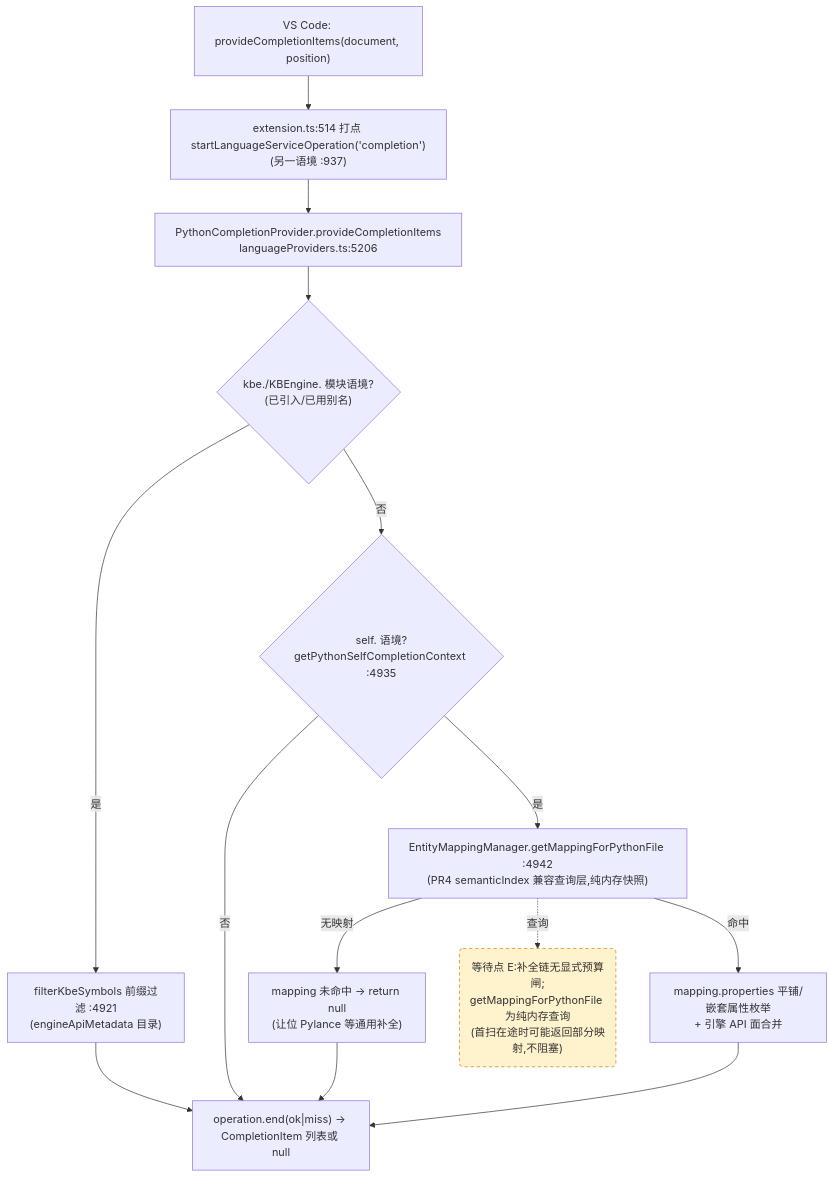
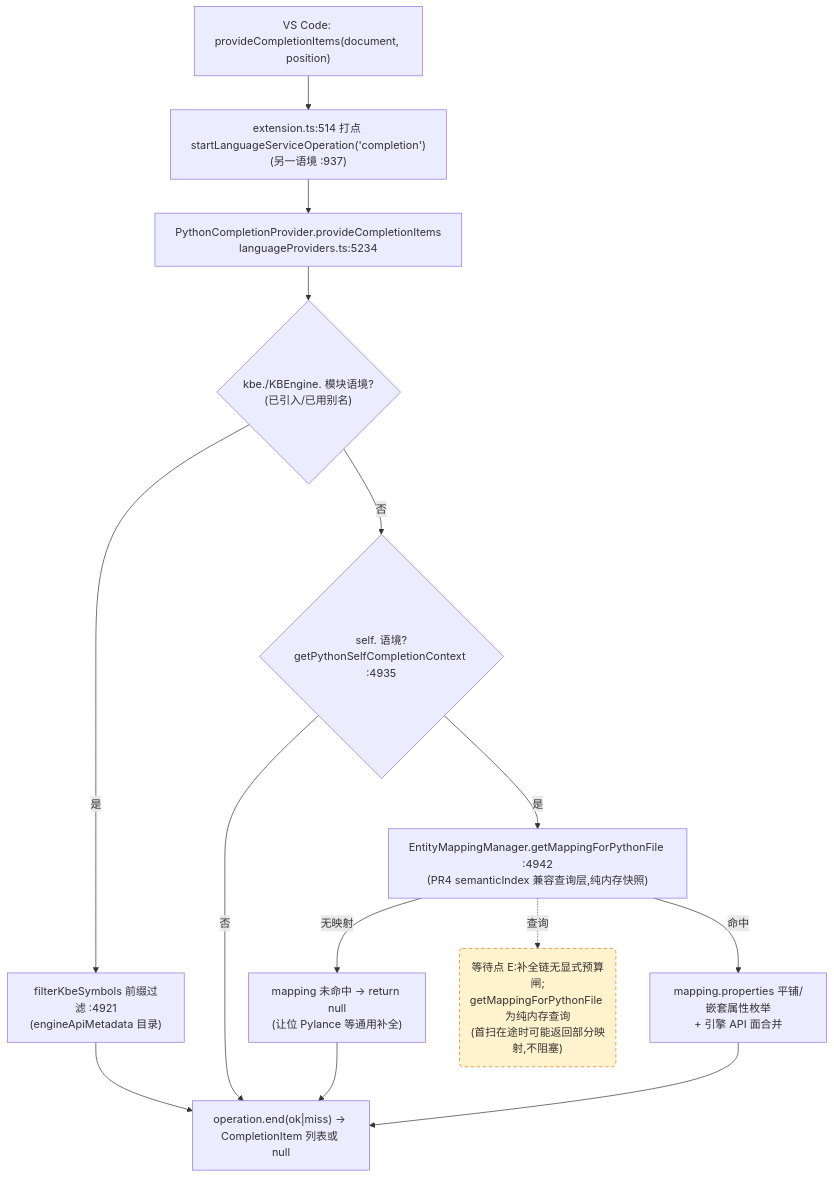
The third of 4 diagrams in docs/perf/2026-baseline.md (cuihairu/kode), drawn with Mermaid before and after one commit. The commit also changed other lines of this file and 8 other files, not shown here.

````diff
--- a/docs/perf/2026-baseline.md
+++ b/docs/perf/2026-baseline.md
@@ -184,27 +184,27 @@
 ```mermaid
 flowchart TD
   VC3["VS Code: provideCompletionItems(document, position)"]
   M3["extension.ts:514 打点 startLanguageServiceOperation('completion')<br/>(另一语境 :937)"]
-  CP["PythonCompletionProvider.provideCompletionItems<br/>languageProviders.ts:5206"]
+  CP["PythonCompletionProvider.provideCompletionItems<br/>languageProviders.ts:5234"]
   KBEC{"kbe./KBEngine. 模块语境?<br/>(已引入/已用别名)"}
   FILTER["filterKbeSymbols 前缀过滤 :4921<br/>(engineApiMetadata 目录)"]
   SELFC{"self. 语境?<br/>getPythonSelfCompletionContext :4935"}
   MAP["EntityMappingManager.getMappingForPythonFile :4942<br/>(PR4 semanticIndex 兼容查询层,纯内存快照)"]
   NOMAP["mapping 未命中 → return null<br/>(让位 Pylance 等通用补全)"]
   PROPS["mapping.properties 平铺/嵌套属性枚举<br/>+ 引擎 API 面合并"]
   END3["operation.end(ok|miss) → CompletionItem 列表或 null"]
 
   VC3 --> M3 --> CP --> KBEC
   KBEC -- "是" --> FILTER --> END3
   KBEC -- "否" --> SELFC
   SELFC -- "否" --> END3
   SELFC -- "是" --> MAP
   MAP -- "无映射" --> NOMAP --> END3
   MAP -- "命中" --> PROPS --> END3
 
   WAITE("等待点 E:补全链无显式预算闸;<br/>getMappingForPythonFile 为纯内存查询<br/>(首扫在途时可能返回部分映射,不阻塞)")
   MAP -.->|查询| WAITE
 
   classDef waitPoint fill:#fff3cd,stroke:#d97706,stroke-dasharray:5 4;
   class WAITE waitPoint;
 ```
````
